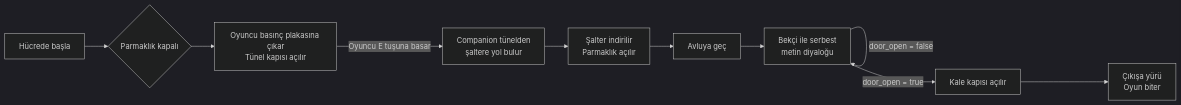
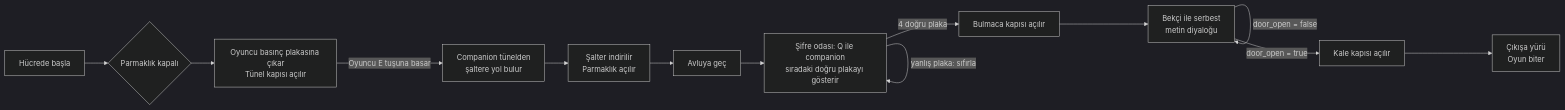
One commit to erenceylan-cmd/yaz_lab changed the first of 6 diagrams in README.md. Above: the diagram before and after it, drawn with Mermaid (dark theme). The commit also changed other lines of this file and 41 other files, not shown here.

````diff
--- a/README.md
+++ b/README.md
@@ -46,12 +47,15 @@
 ```mermaid
 flowchart LR
     A[Hücrede başla] --> B{Parmaklık kapalı}
     B --> P[Oyuncu basınç plakasına çıkar<br/>Tünel kapısı açılır]
     P -->|Oyuncu E tuşuna basar| C[Companion tünelden<br/>şaltere yol bulur]
     C --> D[Şalter indirilir<br/>Parmaklık açılır]
     D --> E[Avluya geç]
-    E --> F[Bekçi ile serbest<br/>metin diyaloğu]
+    E --> S[Şifre odası: Q ile companion<br/>sıradaki doğru plakayı gösterir]
+    S -->|yanlış plaka: sıfırla| S
+    S -->|4 doğru plaka| T[Bulmaca kapısı açılır]
+    T --> F[Bekçi ile serbest<br/>metin diyaloğu]
     F -->|door_open = false| F
     F -->|door_open = true| G[Kale kapısı açılır]
     G --> H[Çıkışa yürü<br/>Oyun biter]
 ```
````
